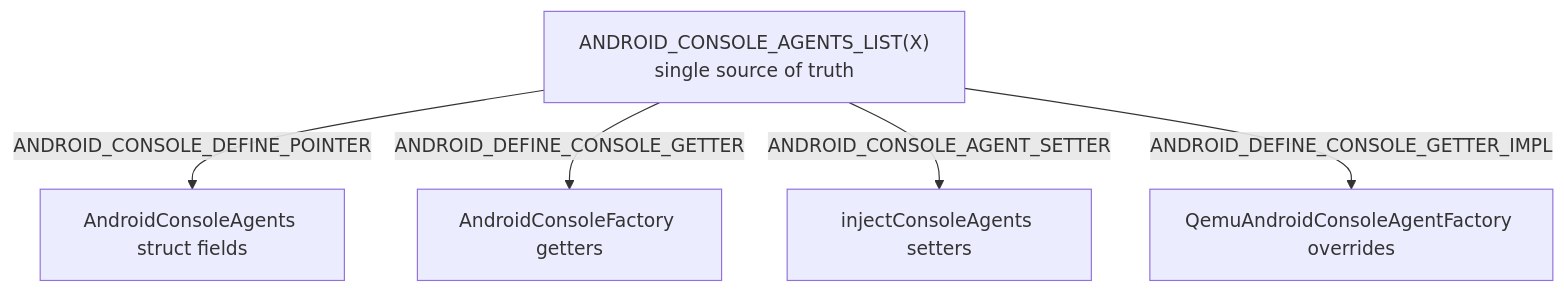
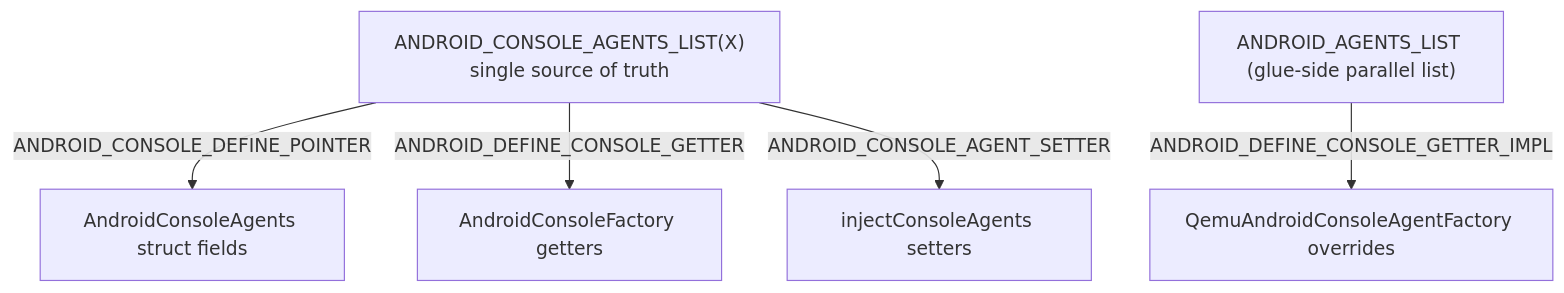
The fifth of 6 diagrams in 07-android-emu-architecture.md (aospbooks/android-emulator-internal-book), drawn with Mermaid before and after one commit. The commit also changed other lines of this file and 21 other files, not shown here.

First line of the commit message:
Review pass: verify accuracy, fix mermaid parse error, converge chapters

````diff
--- a/07-android-emu-architecture.md
+++ b/07-android-emu-architecture.md
@@ -351,13 +351,14 @@
 ```mermaid
 flowchart TB
     LIST["ANDROID_CONSOLE_AGENTS_LIST(X)<br/>single source of truth"]
     STRUCT["AndroidConsoleAgents struct fields"]
     GETTER["AndroidConsoleFactory getters"]
     SETTER["injectConsoleAgents setters"]
+    ALIST["ANDROID_AGENTS_LIST (glue-side parallel list)"]
     GLUE["QemuAndroidConsoleAgentFactory overrides"]
 
     LIST -->|"ANDROID_CONSOLE_DEFINE_POINTER"| STRUCT
     LIST -->|"ANDROID_DEFINE_CONSOLE_GETTER"| GETTER
     LIST -->|"ANDROID_CONSOLE_AGENT_SETTER"| SETTER
-    LIST -->|"ANDROID_DEFINE_CONSOLE_GETTER_IMPL"| GLUE
+    ALIST -->|"ANDROID_DEFINE_CONSOLE_GETTER_IMPL"| GLUE
 ```
````
